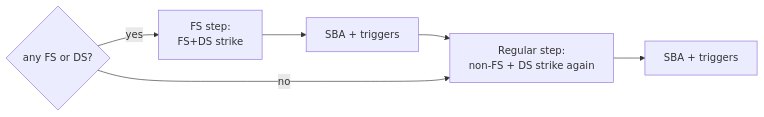
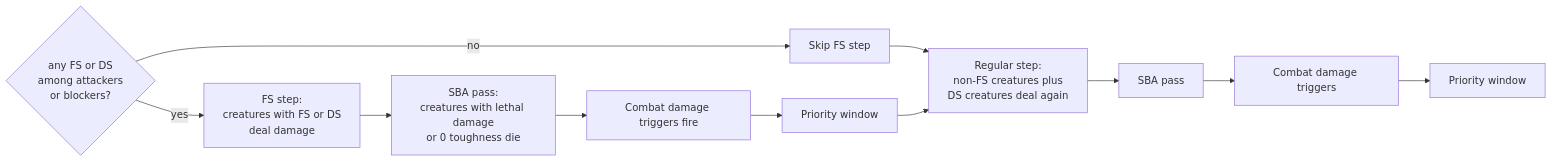
One commit to HexDek/HexDek changed the fourth of 5 diagrams in docs/Combat Phases.md. Above: the diagram before and after it, drawn with Mermaid. The commit also changed other lines of this file and 17 other files, not shown here.

````diff
--- a/docs/Combat Phases.md
+++ b/docs/Combat Phases.md
@@ -36,8 +141,13 @@
 ```mermaid
 flowchart LR
-    HasFS{any FS or DS?} -- yes --> Step1[FS step:<br/>FS+DS strike]
-    Step1 --> SBA1[SBA + triggers]
-    SBA1 --> Step2[Regular step:<br/>non-FS + DS strike again]
-    HasFS -- no --> Step2
-    Step2 --> SBA2[SBA + triggers]
+    HasFS{any FS or DS<br/>among attackers<br/>or blockers?} -- no --> Skip[Skip FS step]
+    HasFS -- yes --> Step1[FS step:<br/>creatures with FS or DS<br/>deal damage]
+    Step1 --> SBA1[SBA pass:<br/>creatures with lethal damage<br/>or 0 toughness die]
+    SBA1 --> Trigs1[Combat damage triggers fire]
+    Trigs1 --> Priority1[Priority window]
+    Skip --> Step2
+    Priority1 --> Step2[Regular step:<br/>non-FS creatures plus<br/>DS creatures deal again]
+    Step2 --> SBA2[SBA pass]
+    SBA2 --> Trigs2[Combat damage triggers]
+    Trigs2 --> Priority2[Priority window]
 ```
````
